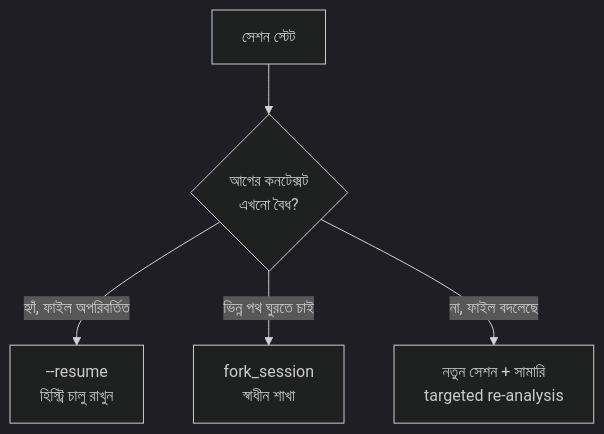
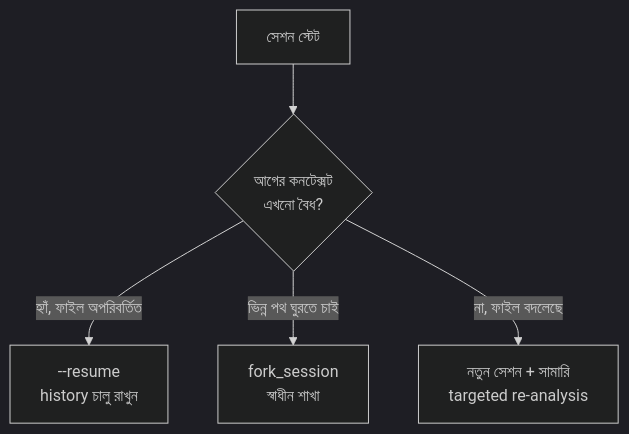
The diagram in src/content/docs/learn/1-agentic-architecture/1-7-session-state-resumption.mdx (hasnat-shohag/CCAR-F), drawn with Mermaid (dark theme) before and after one commit. The commit also changed other lines of this file and 22 other files, not shown here.

````diff
--- a/src/content/docs/learn/1-agentic-architecture/1-7-session-state-resumption.mdx
+++ b/src/content/docs/learn/1-agentic-architecture/1-7-session-state-resumption.mdx
@@ -48,7 +48,7 @@
 ```mermaid
 flowchart TD
   S["সেশন স্টেট"] --> R{"আগের কনটেক্সট<br/>এখনো বৈধ?"}
-  R -->|হ্যাঁ, ফাইল অপরিবর্তিত| A["--resume<br/>হিস্ট্রি চালু রাখুন"]
+  R -->|হ্যাঁ, ফাইল অপরিবর্তিত| A["--resume<br/>history চালু রাখুন"]
   R -->|ভিন্ন পথ ঘুরতে চাই| B["fork_session<br/>স্বাধীন শাখা"]
   R -->|না, ফাইল বদলেছে| C["নতুন সেশন + সামারি<br/>targeted re-analysis"]
 ```
````
